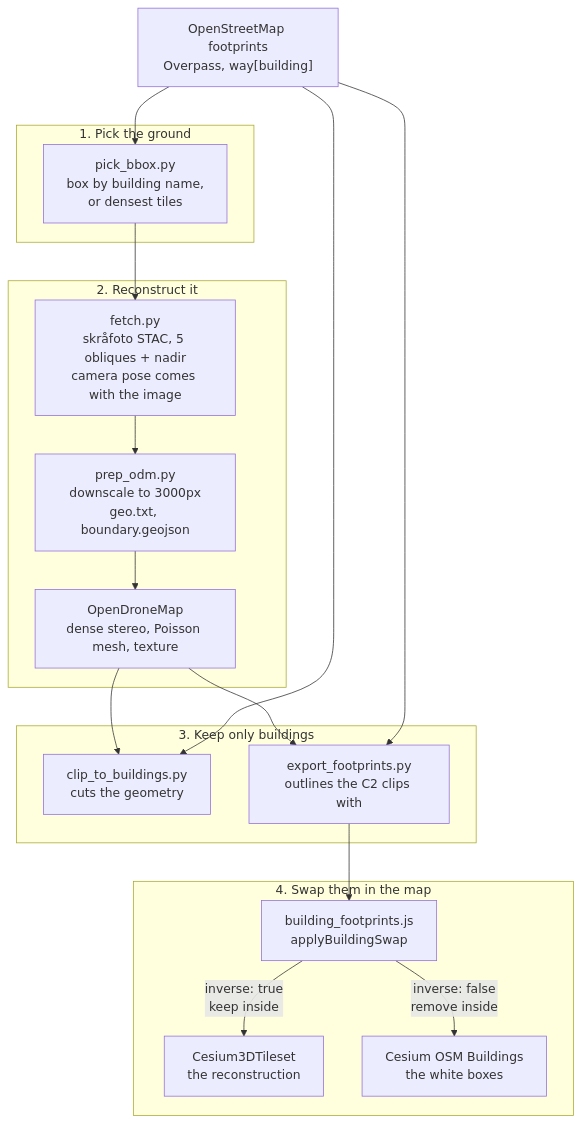
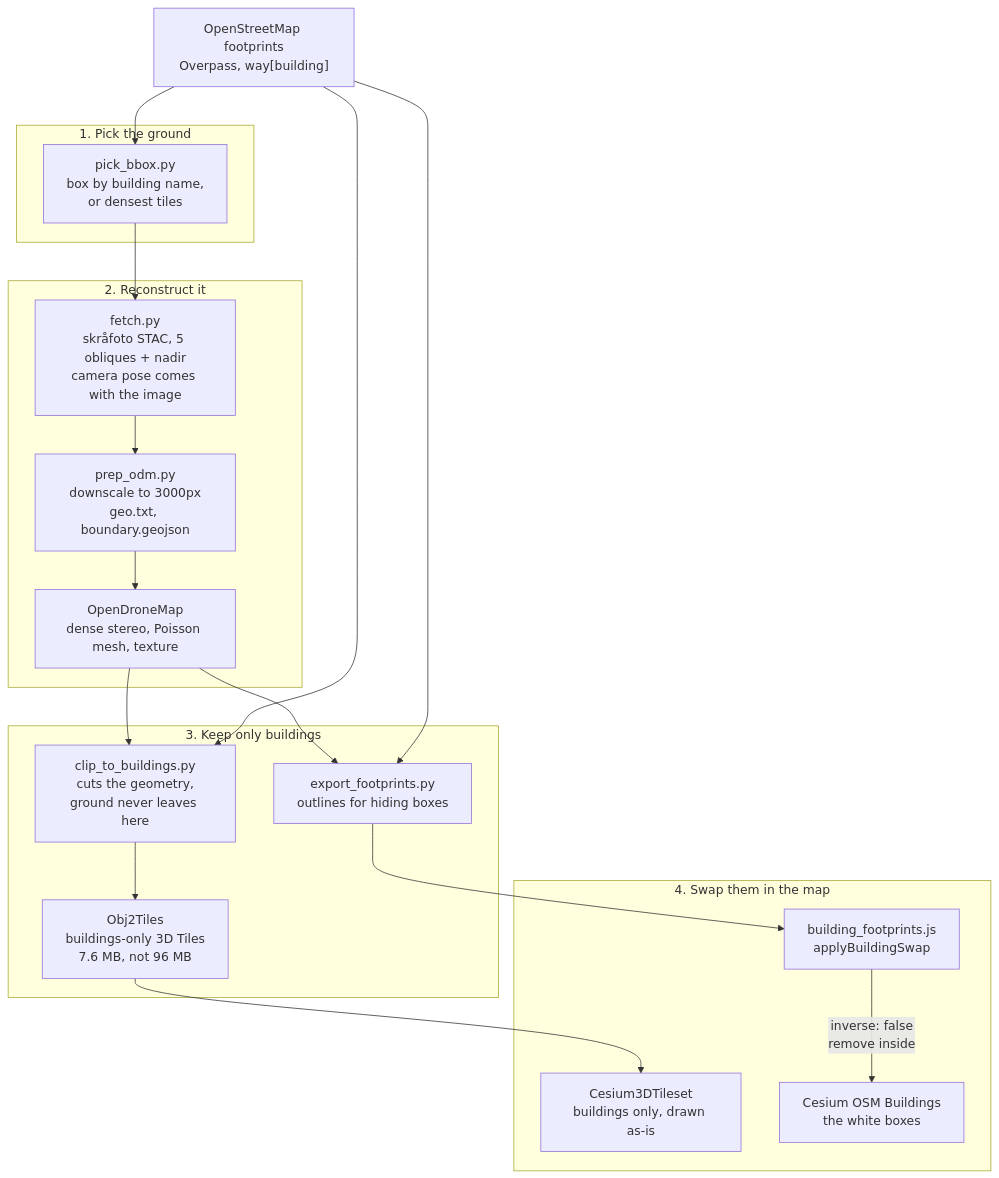
One commit to Luckyluc321/ISR-Systems-c2-platform changed the diagram in docs/building-mesh-architecture.md. Above: the diagram before and after it, drawn with Mermaid. The commit also changed other lines of this file and 3 other files, not shown here.

First line of the commit message:
fix(map): ship a buildings-only mesh instead of clipping ground away

````diff
--- a/docs/building-mesh-architecture.md
+++ b/docs/building-mesh-architecture.md
@@ -16,34 +16,34 @@
 ```mermaid
 flowchart TD
   OSM["OpenStreetMap footprints<br/>Overpass, way[building]"]
 
   subgraph pick["1. Pick the ground"]
     PB["pick_bbox.py<br/>box by building name,<br/>or densest tiles"]
   end
 
   subgraph build["2. Reconstruct it"]
     F["fetch.py<br/>skråfoto STAC, 5 obliques + nadir<br/>camera pose comes with the image"]
     P["prep_odm.py<br/>downscale to 3000px<br/>geo.txt, boundary.geojson"]
     O["OpenDroneMap<br/>dense stereo, Poisson mesh, texture"]
   end
 
   subgraph cut["3. Keep only buildings"]
-    C["clip_to_buildings.py<br/>cuts the geometry"]
-    E["export_footprints.py<br/>outlines the C2 clips with"]
+    C["clip_to_buildings.py<br/>cuts the geometry,<br/>ground never leaves here"]
+    T["Obj2Tiles<br/>buildings-only 3D Tiles<br/>7.6 MB, not 96 MB"]
+    E["export_footprints.py<br/>outlines for hiding boxes"]
   end
 
   subgraph c2["4. Swap them in the map"]
-    M["Cesium3DTileset<br/>the reconstruction"]
+    M["Cesium3DTileset<br/>buildings only, drawn as-is"]
     B["Cesium OSM Buildings<br/>the white boxes"]
     S["building_footprints.js<br/>applyBuildingSwap"]
   end
 
   OSM --> PB --> F --> P --> O
-  O --> C
+  O --> C --> T --> M
   O --> E
   OSM --> E
   OSM --> C
   E --> S
-  S -->|"inverse: true<br/>keep inside"| M
   S -->|"inverse: false<br/>remove inside"| B
 ```
````
